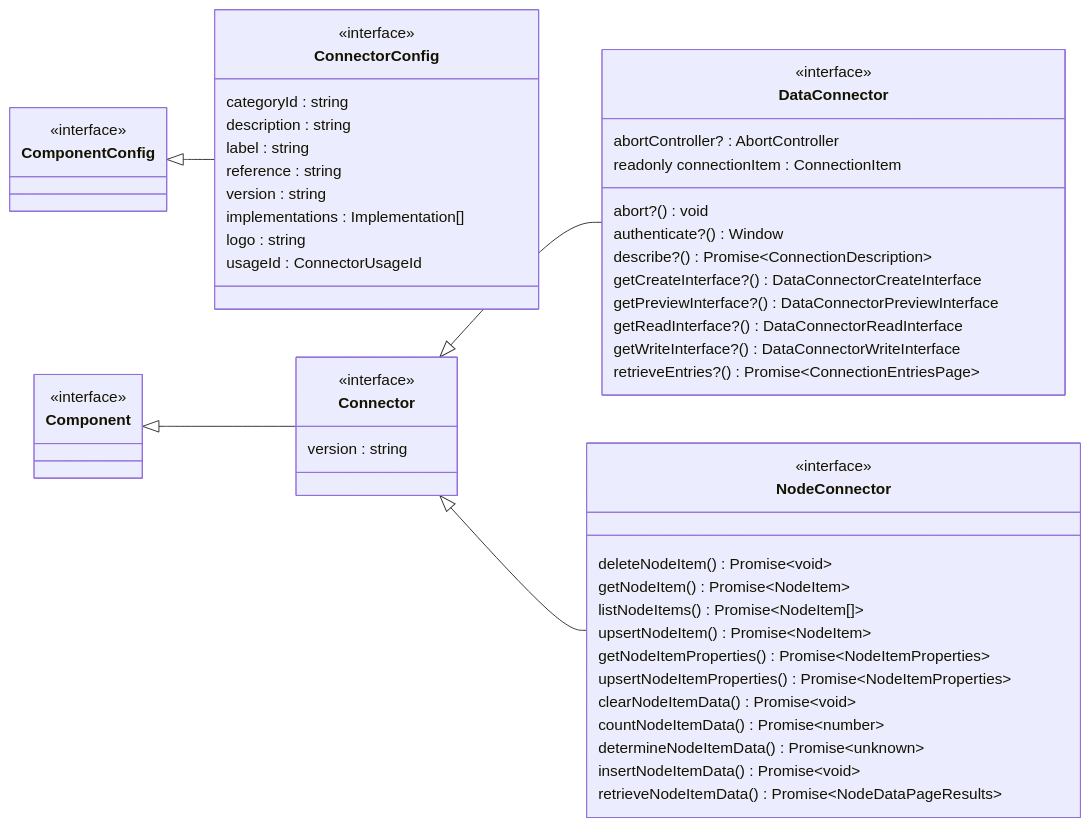
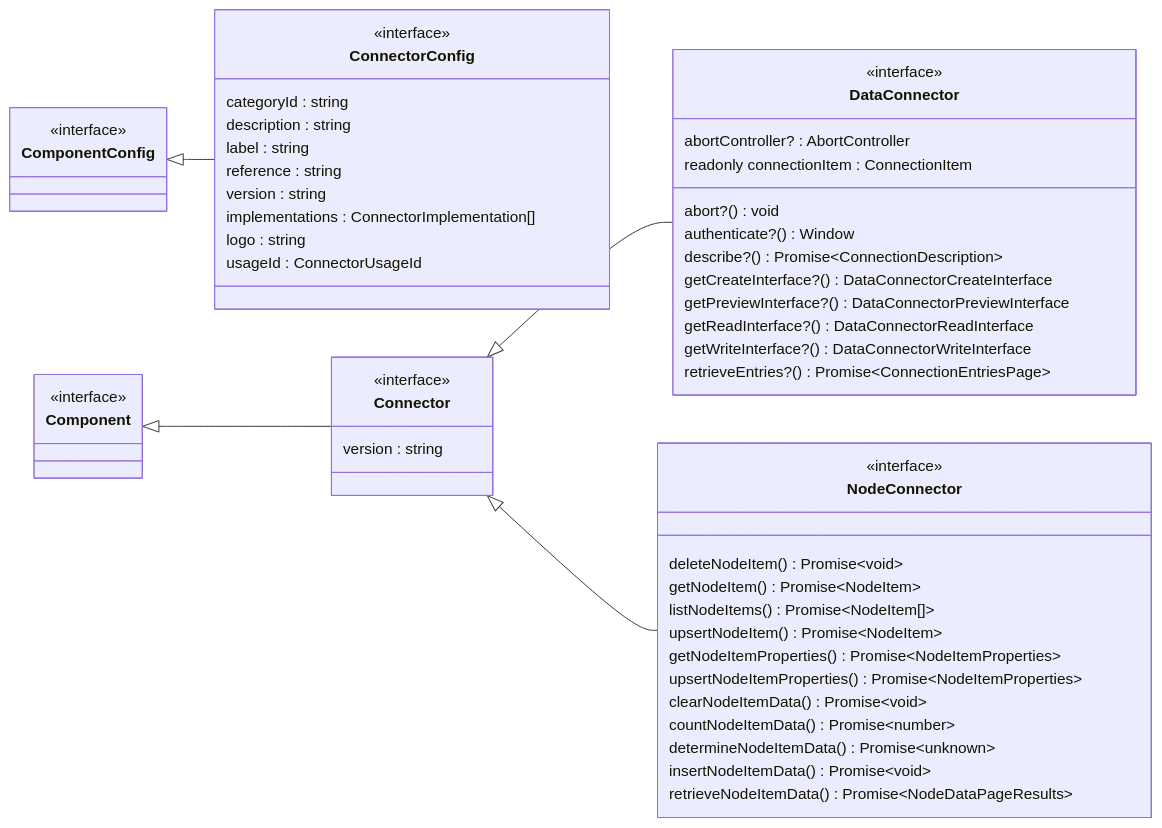
Before and after one commit to data-positioning/datapos-shared: the fourth of 10 diagrams in README.md, drawn with Mermaid. The commit also changed other lines of this file and 7 other files, not shown here.

````diff
--- a/README.md
+++ b/README.md
@@ -122,65 +119,63 @@
 ```mermaid
 classDiagram
     direction LR
 
     class ComponentConfig {
         <<interface>>
     }
 
-    ComponentConfig <|-- ConnectorConfig
-
     class ConnectorConfig {
         <<interface>>
-        categoryId :  string
-        description :  string
-        label :  string
-        reference :  string
-        version :  string
-        implementations :  Implementation[]
-        logo :  string
-        usageId :  ConnectorUsageId
+        categoryId : string
+        description : string
+        label : string
+        reference : string
+        version : string
+        implementations : ConnectorImplementation[]
+        logo : string
+        usageId : ConnectorUsageId
     }
 
     class Component {
         <<interface>>
     }
 
-    Component <|-- Connector
-
     class Connector {
         <<interface>>
         version : string
     }
-
-    Connector <|-- DataConnector
-    Connector <|-- NodeConnector
 
     class DataConnector {
         <<interface>>
         abortController? :  AbortController
         readonly connectionItem :  ConnectionItem
         abort?() void
         authenticate?() Window
         describe?() Promise~ConnectionDescription~
         getCreateInterface?() DataConnectorCreateInterface
         getPreviewInterface?() DataConnectorPreviewInterface
         getReadInterface?() DataConnectorReadInterface
         getWriteInterface?() DataConnectorWriteInterface
         retrieveEntries?() Promise~ConnectionEntriesPage~
     }
 
     class NodeConnector {
         <<interface>>
         deleteNodeItem() Promise~void~
         getNodeItem() Promise~NodeItem~
         listNodeItems() Promise~NodeItem[]~
         upsertNodeItem() Promise~NodeItem~
         getNodeItemProperties() Promise~NodeItemProperties~
         upsertNodeItemProperties() Promise~NodeItemProperties~
         clearNodeItemData() Promise~void~
         countNodeItemData() Promise~number~
         determineNodeItemData() Promise~unknown~
         insertNodeItemData() Promise~void~
         retrieveNodeItemData() Promise~NodeDataPageResults~
-   }
+    }
+
+    ComponentConfig <|-- ConnectorConfig
+    Component <|-- Connector
+    Connector <|-- DataConnector
+    Connector <|-- NodeConnector
 ```
````
